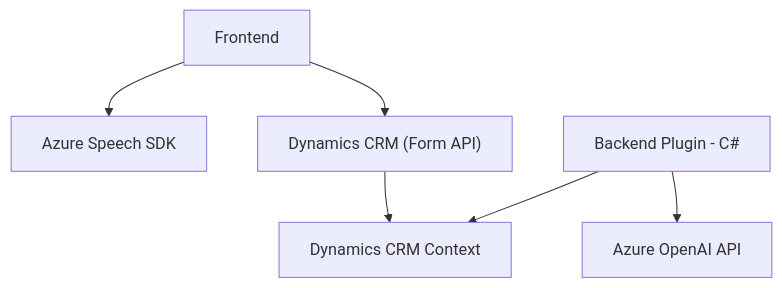
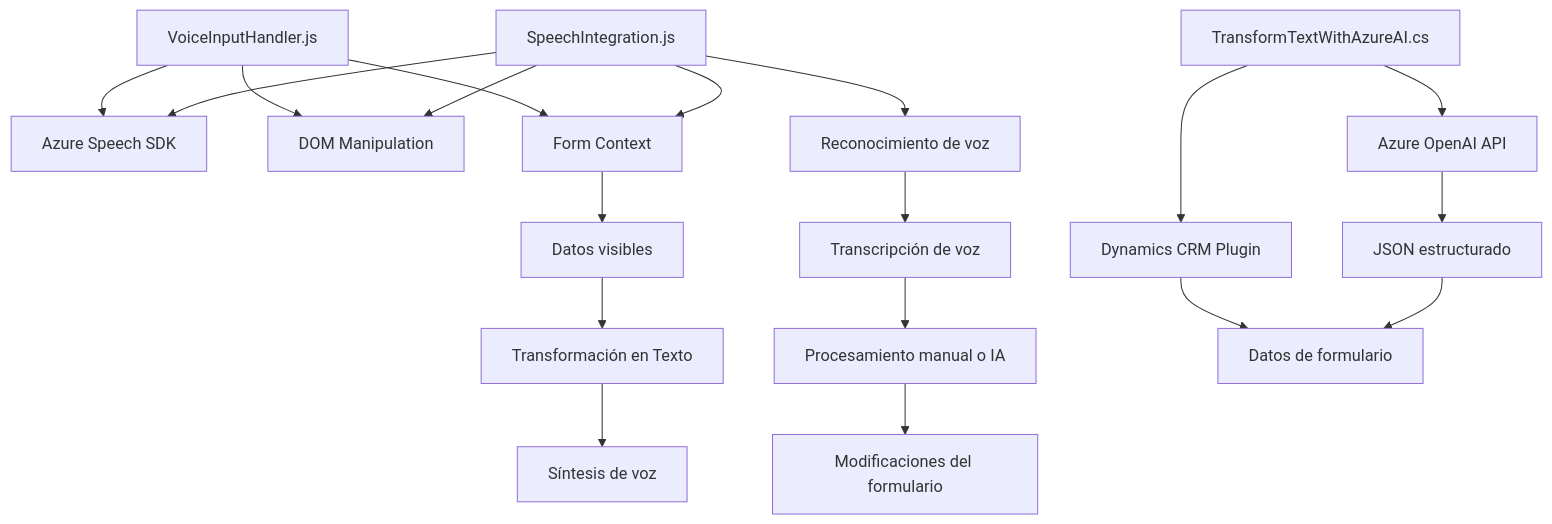
Before and after one commit to blopezdm/NETCORE_BILBAO2025: the diagram in README.md, drawn with Mermaid. The commit also changed other lines of this file, not shown here.

````diff
--- a/README.md
+++ b/README.md
@@ -47,15 +48,23 @@
 ```mermaid
 graph TD
-    A["Frontend"]
-    B["Azure Speech SDK"]
-    C["Dynamics CRM (Form API)"]
-    D["Backend Plugin - C#"]
-    E["Azure OpenAI API"]
-    F["Dynamics CRM Context"]
+    A["VoiceInputHandler.js"] --> B["Azure Speech SDK"]
+    A --> C["DOM Manipulation"]
+    A --> D["Form Context"]
+    D --> E["Datos visibles"]
+    E --> F["Transformación en Texto"]
+    F --> G["Síntesis de voz"]
 
-    A --> B
-    A --> C
-    C --> F
-    D --> E
-    D --> F
+    H["SpeechIntegration.js"] --> B
+    H --> C
+    H --> D
+    H --> I["Reconocimiento de voz"]
+    I --> J["Transcripción de voz"]
+    J --> K["Procesamiento manual o IA"]
+    K --> L["Modificaciones del formulario"]
+
+    M["TransformTextWithAzureAI.cs"] --> N["Dynamics CRM Plugin"]
+    M --> O["Azure OpenAI API"]
+    N --> P["Datos de formulario"]
+    O --> Q["JSON estructurado"]
+    Q --> P
 ```
````
